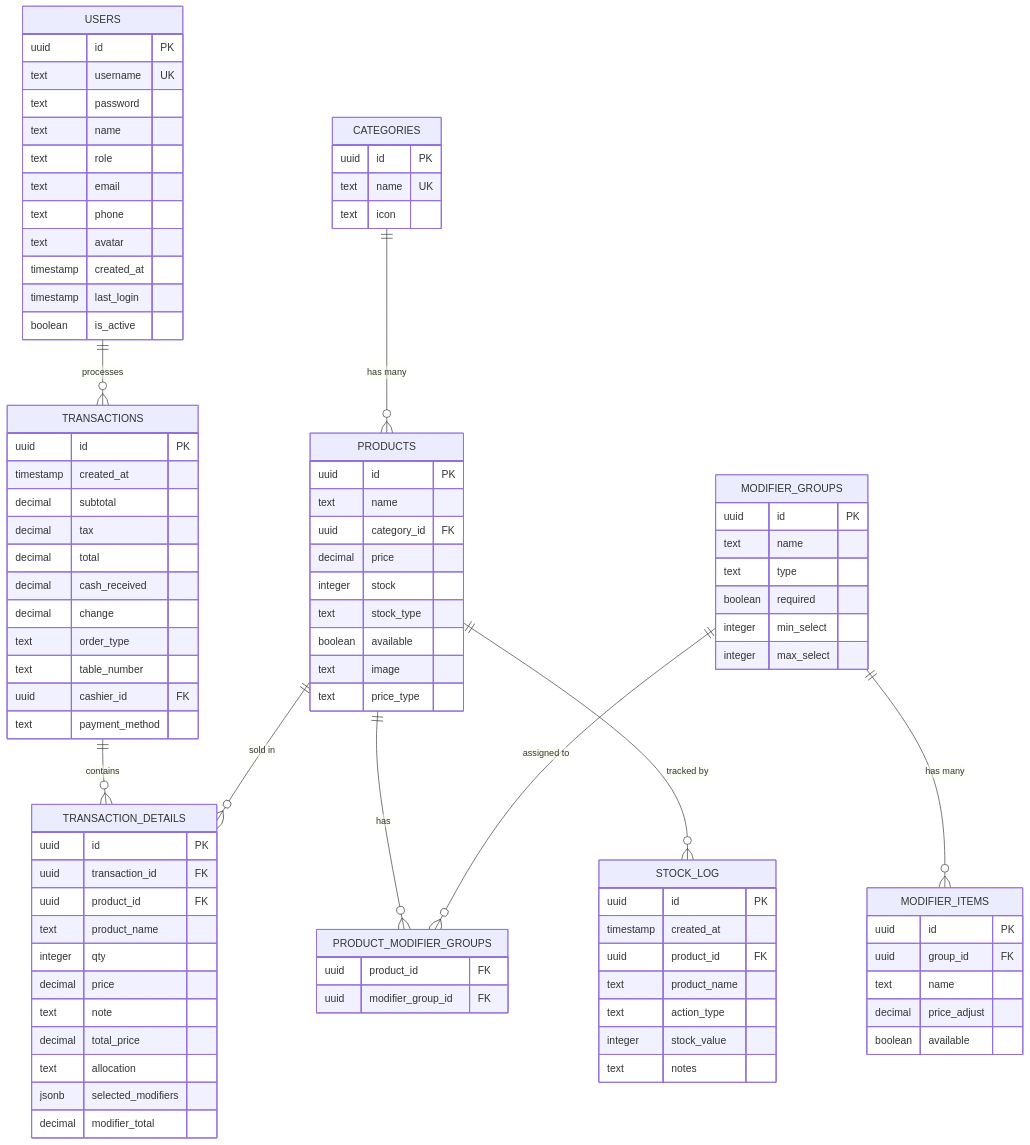
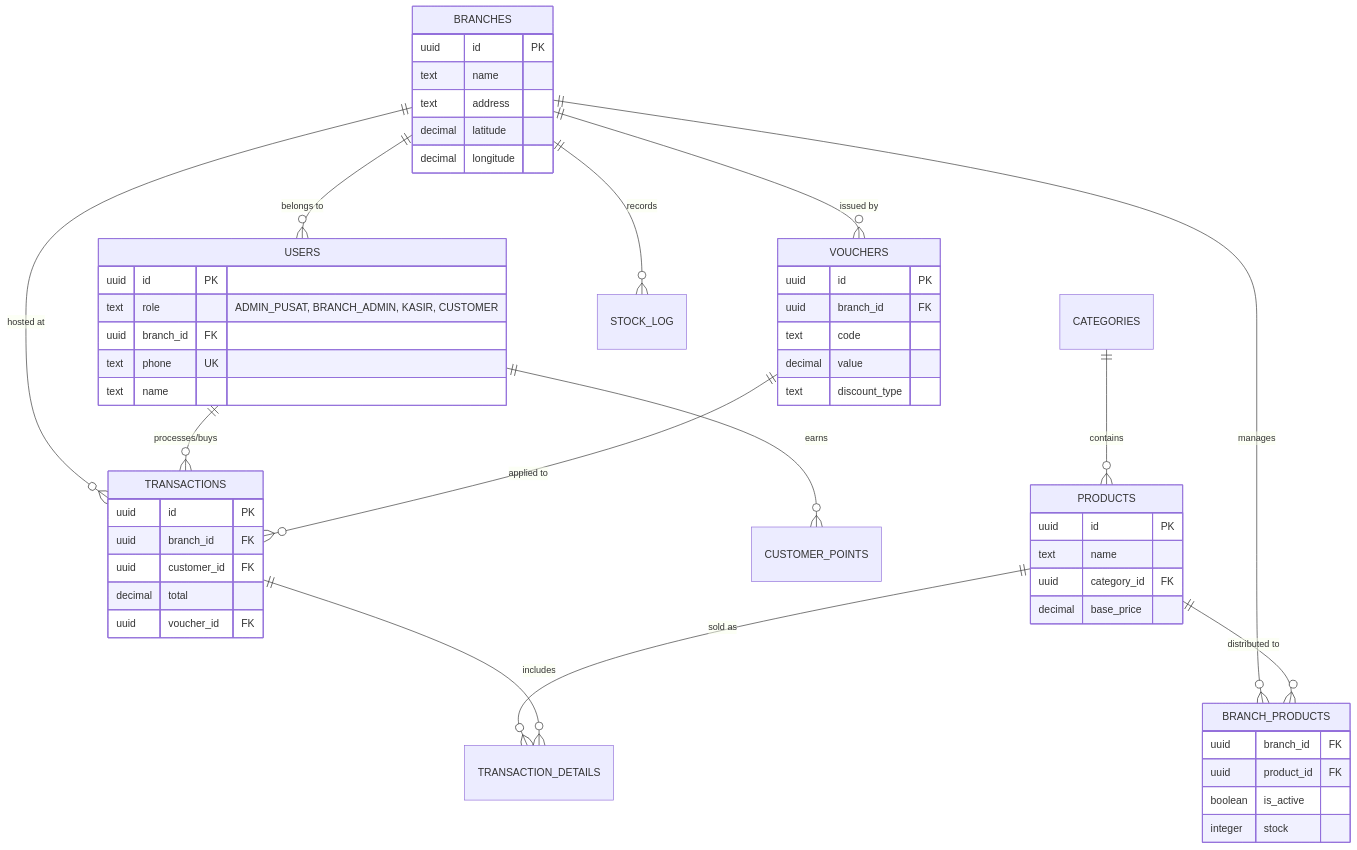
The diagram in docs/implementation_plan.md (subkh4n/DUAL_POSRESTO), drawn with Mermaid before and after one commit. The commit also changed other lines of this file and 38 other files, not shown here.

````diff
--- a/docs/implementation_plan.md
+++ b/docs/implementation_plan.md
@@ -9,103 +9,64 @@
 ```mermaid
 erDiagram
+    BRANCHES ||--o{ USERS : "belongs to"
+    BRANCHES ||--o{ BRANCH_PRODUCTS : "manages"
+    BRANCHES ||--o{ VOUCHERS : "issued by"
+    BRANCHES ||--o{ TRANSACTIONS : "hosted at"
+    BRANCHES ||--o{ STOCK_LOG : "records"
+
+    USERS ||--o{ TRANSACTIONS : "processes/buys"
+    USERS ||--o{ CUSTOMER_POINTS : "earns"
+
+    CATEGORIES ||--o{ PRODUCTS : "contains"
+    PRODUCTS ||--o{ BRANCH_PRODUCTS : "distributed to"
+    PRODUCTS ||--o{ TRANSACTION_DETAILS : "sold as"
+
+    TRANSACTIONS ||--o{ TRANSACTION_DETAILS : "includes"
+    VOUCHERS ||--o{ TRANSACTIONS : "applied to"
+
+    BRANCHES {
+        uuid id PK
+        text name
+        text address
+        decimal latitude
+        decimal longitude
+    }
+
     USERS {
         uuid id PK
-        text username UK
-        text password
+        text role "ADMIN_PUSAT, BRANCH_ADMIN, KASIR, CUSTOMER"
+        uuid branch_id FK
+        text phone UK
         text name
-        text role
-        text email
-        text phone
-        text avatar
-        timestamp created_at
-        timestamp last_login
-        boolean is_active
-    }
-
-    CATEGORIES {
-        uuid id PK
-        text name UK
-        text icon
     }
 
     PRODUCTS {
         uuid id PK
         text name
         uuid category_id FK
-        decimal price
-        integer stock
-        text stock_type
-        boolean available
-        text image
-        text price_type
+        decimal base_price
     }
 
-    MODIFIER_GROUPS {
-        uuid id PK
-        text name
-        text type
-        boolean required
-        integer min_select
-        integer max_select
+    BRANCH_PRODUCTS {
+        uuid branch_id FK
+        uuid product_id FK
+        boolean is_active
+        integer stock
     }
 
-    MODIFIER_ITEMS {
+    VOUCHERS {
         uuid id PK
-        uuid group_id FK
-        text name
-        decimal price_adjust
-        boolean available
-    }
-
-    PRODUCT_MODIFIER_GROUPS {
-        uuid product_id FK
-        uuid modifier_group_id FK
+        uuid branch_id FK
+        text code
+        decimal value
+        text discount_type
     }
 
     TRANSACTIONS {
         uuid id PK
-        timestamp created_at
-        decimal subtotal
-        decimal tax
+        uuid branch_id FK
+        uuid customer_id FK
         decimal total
-        decimal cash_received
-        decimal change
-        text order_type
-        text table_number
-        uuid cashier_id FK
-        text payment_method
+        uuid voucher_id FK
     }
-
-    TRANSACTION_DETAILS {
-        uuid id PK
-        uuid transaction_id FK
-        uuid product_id FK
-        text product_name
-        integer qty
-        decimal price
-        text note
-        decimal total_price
-        text allocation
-        jsonb selected_modifiers
-        decimal modifier_total
-    }
-
-    STOCK_LOG {
-        uuid id PK
-        timestamp created_at
-        uuid product_id FK
-        text product_name
-        text action_type
-        integer stock_value
-        text notes
-    }
-
-    CATEGORIES ||--o{ PRODUCTS : "has many"
-    USERS ||--o{ TRANSACTIONS : "processes"
-    TRANSACTIONS ||--o{ TRANSACTION_DETAILS : "contains"
-    PRODUCTS ||--o{ TRANSACTION_DETAILS : "sold in"
-    MODIFIER_GROUPS ||--o{ MODIFIER_ITEMS : "has many"
-    PRODUCTS ||--o{ PRODUCT_MODIFIER_GROUPS : "has"
-    MODIFIER_GROUPS ||--o{ PRODUCT_MODIFIER_GROUPS : "assigned to"
-    PRODUCTS ||--o{ STOCK_LOG : "tracked by"
 ```
````
